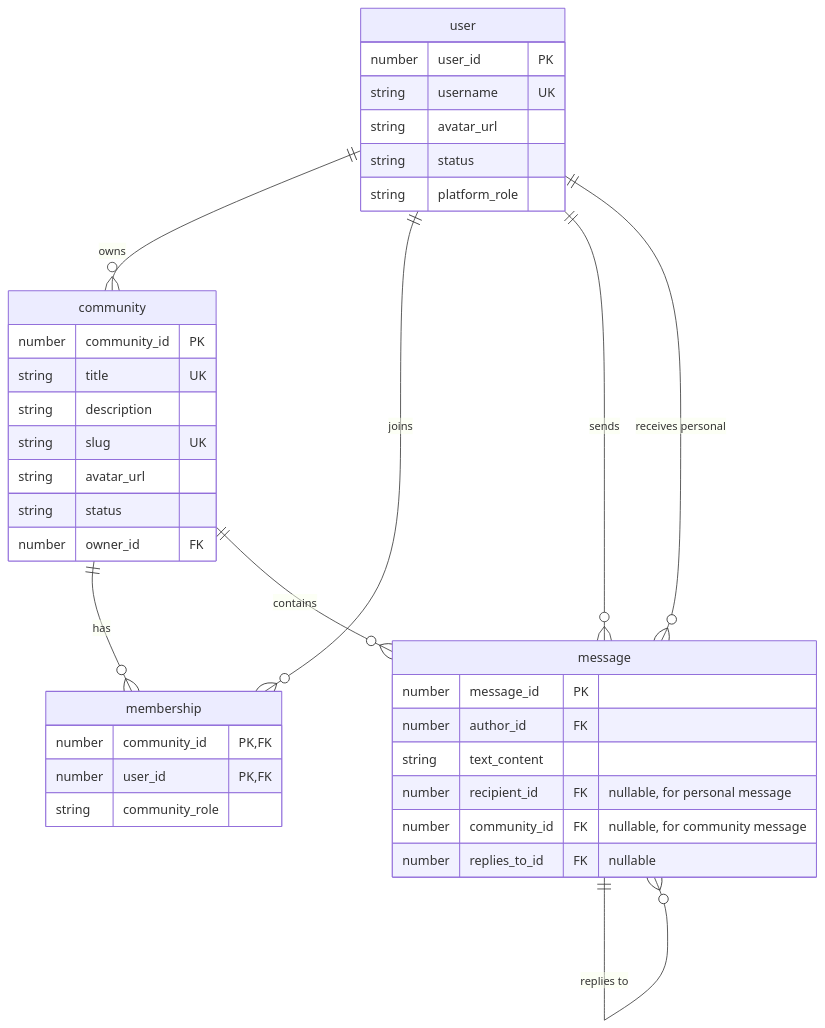
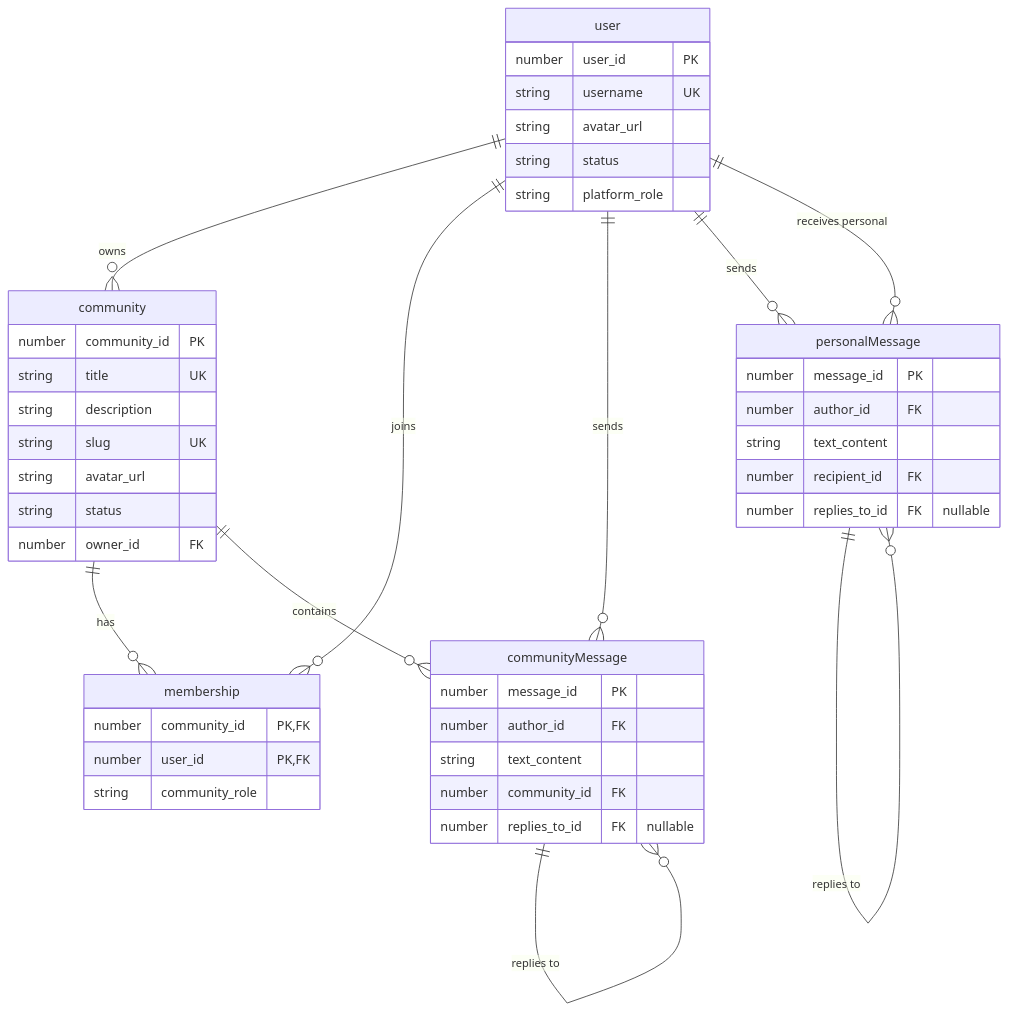
One commit to devl0g/KPI_lab1 changed the diagram in model.mmd. Above: the diagram before and after it, drawn with Mermaid. The commit also changed other lines of this file and 1 other file, not shown here.

Commit message:
fix(erd): separated message entities according spec.md

```diff
--- a/model.mmd
+++ b/model.mmd
@@ -1,41 +1,51 @@
+
 erDiagram
     user {
         number user_id PK
         string username UK
         string avatar_url
         string status
         string platform_role
     }
 
     community {
         number community_id PK
         string title UK
         string description
         string slug UK
         string avatar_url
         string status
         number owner_id FK
     }
 
     membership {
         number community_id PK,FK
         number user_id PK,FK
         string community_role
     }
 
-    message {
+    personalMessage {
         number message_id PK
         number author_id FK
         string text_content
-        number recipient_id FK "nullable, for personal message"
-        number community_id FK "nullable, for community message"
+        number recipient_id FK
+        number replies_to_id FK "nullable"
+    }
+
+    communityMessage {
+        number message_id PK
+        number author_id FK
+        string text_content
+        number community_id FK
         number replies_to_id FK "nullable"
     }
 
     user ||--o{ community : "owns"
     user ||--o{ membership : "joins"
-    user ||--o{ message : "sends"
-    user ||--o{ message : "receives personal"
+    user ||--o{ communityMessage : "sends"
+    user ||--o{ personalMessage : "sends"
+    user ||--o{ personalMessage : "receives personal"
     community ||--o{ membership : "has"
-    community ||--o{ message : "contains"
-    message ||--o{ message : "replies to"
+    community ||--o{ communityMessage : "contains"
+    personalMessage ||--o{ personalMessage : "replies to"
+    communityMessage ||--o{ communityMessage : "replies to"
```
